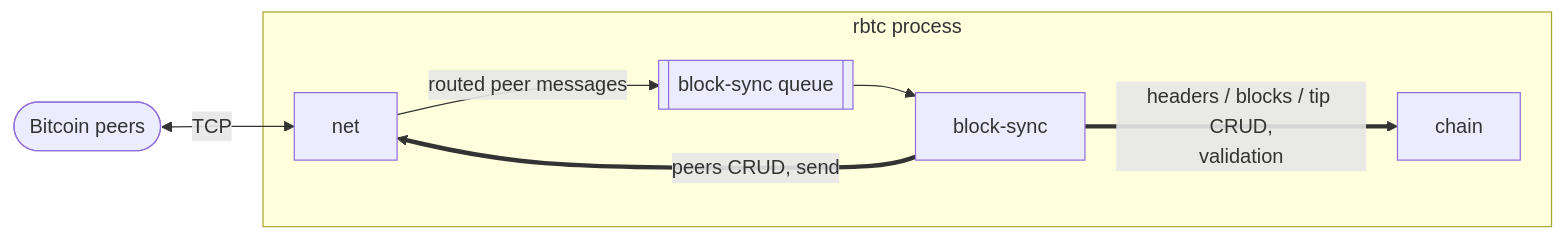
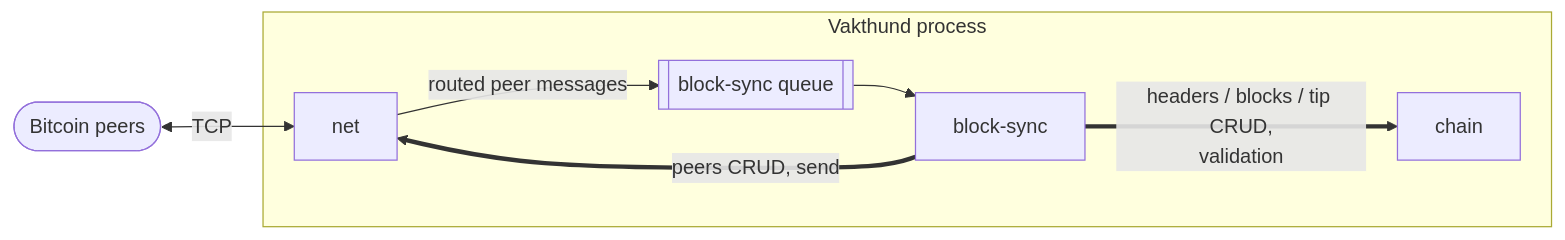
The diagram in docs/architecture/overview.md (RustBTCD/btcd), drawn with Mermaid before and after one commit. The commit also changed other lines of this file and 1 other file, not shown here.

Commit message:
Update name

````diff
--- a/docs/architecture/overview.md
+++ b/docs/architecture/overview.md
@@ -7,15 +7,15 @@
 ```mermaid
 flowchart LR
     peers(["Bitcoin peers"])
-    subgraph node["rbtc process"]
+    subgraph node["Vakthund process"]
         net["net"]
         bs["block-sync"]
         chain["chain"]
         q[["block-sync queue"]]
     end
     peers <-- " TCP " --> net
     net -- " routed peer messages " --> q
     q --> bs
     bs == " peers CRUD, send " ==> net
     bs == " headers / blocks / tip CRUD,<br/>validation " ==> chain
 ```
````
